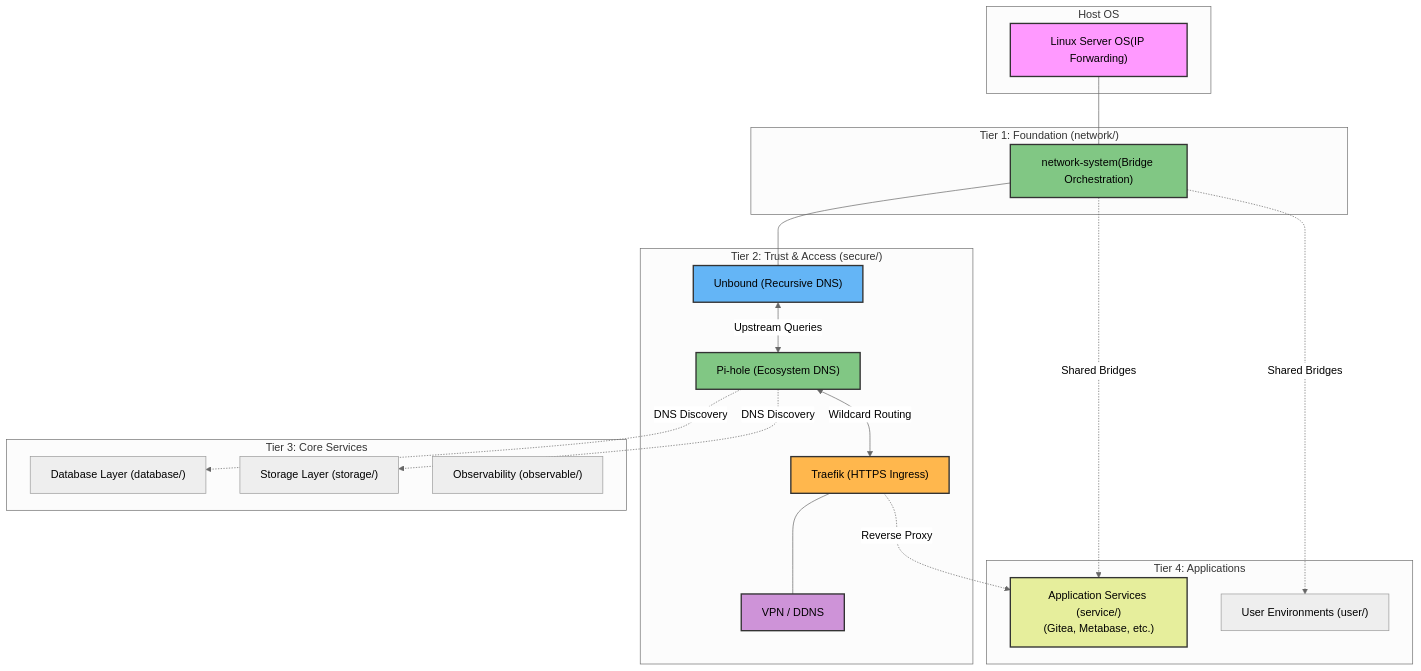
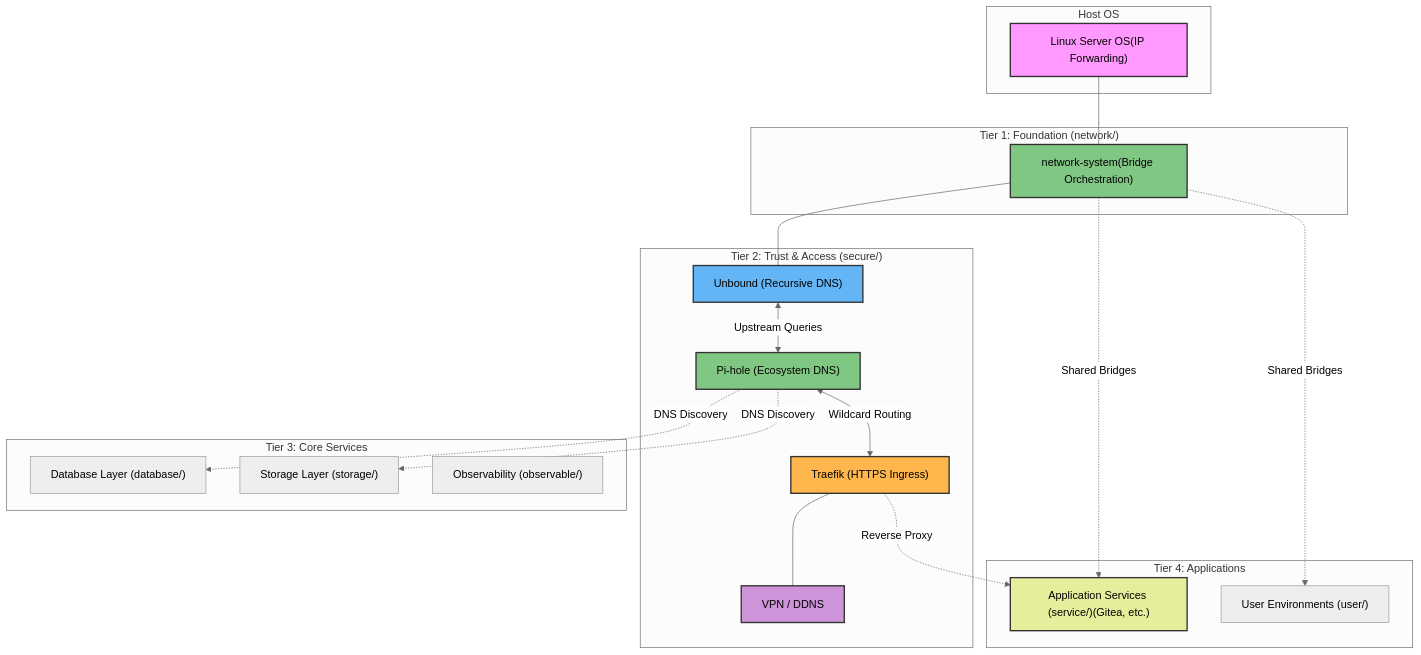
Before and after one commit to luisdanielta/container-system: the diagram in README.md, drawn with Mermaid (neutral theme).

Commit message:
docs: Update application services label in README for clarity

````diff
--- a/README.md
+++ b/README.md
@@ -8,48 +8,48 @@
 ```mermaid
 graph TD
     subgraph "Host OS"
         OS["Linux Server OS(IP Forwarding)"]
     end
 
     subgraph "Tier 1: Foundation (network/)"
         NS["network-system(Bridge Orchestration)"]
     end
 
     subgraph "Tier 2: Trust & Access (secure/)"
         UNB["Unbound (Recursive DNS)"]
         PIH["Pi-hole (Ecosystem DNS)"]
         TRF["Traefik (HTTPS Ingress)"]
         VPN["VPN / DDNS"]
     end
 
     subgraph "Tier 3: Core Services"
         DB["Database Layer (database/)"]
         STR["Storage Layer (storage/)"]
         OBS["Observability (observable/)"]
     end
 
     subgraph "Tier 4: Applications"
-        SVC["Application Services (service/)\n(Gitea, Metabase, etc.)"]
+        SVC["Application Services (service/)(Gitea, etc.)"]
         USER["User Environments (user/)"]
     end
 
     OS --- NS
     NS --- UNB
     UNB <-- "Upstream Queries" --> PIH
     PIH <-- "Wildcard Routing" --> TRF
     TRF --- VPN
     
     TRF -. "Reverse Proxy" .-> SVC
     PIH -. "DNS Discovery" .-> DB
     PIH -. "DNS Discovery" .-> STR
     NS -. "Shared Bridges" .-> SVC
     NS -. "Shared Bridges" .-> USER
 
     style OS fill:#f9f,stroke:#333,stroke-width:2px
     style NS fill:#81c784,stroke:#333,stroke-width:2px
     style UNB fill:#64b5f6,stroke:#333,stroke-width:2px
     style PIH fill:#81c784,stroke:#333,stroke-width:2px
     style TRF fill:#ffb74d,stroke:#333,stroke-width:2px
     style VPN fill:#ce93d8,stroke:#333,stroke-width:2px
     style SVC fill:#e6ee9c,stroke:#333,stroke-width:2px
 ```
````
